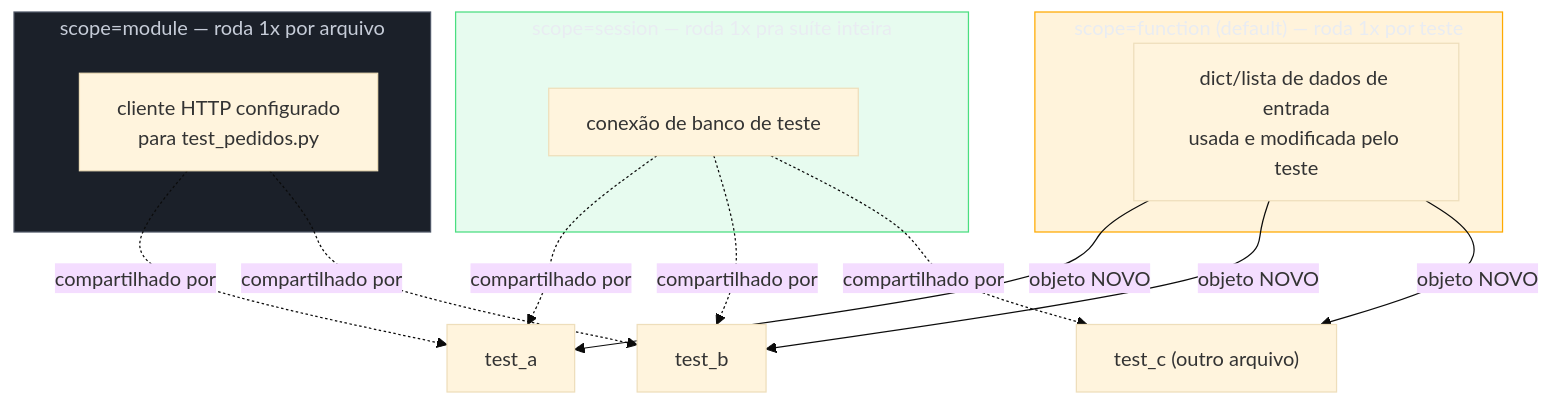
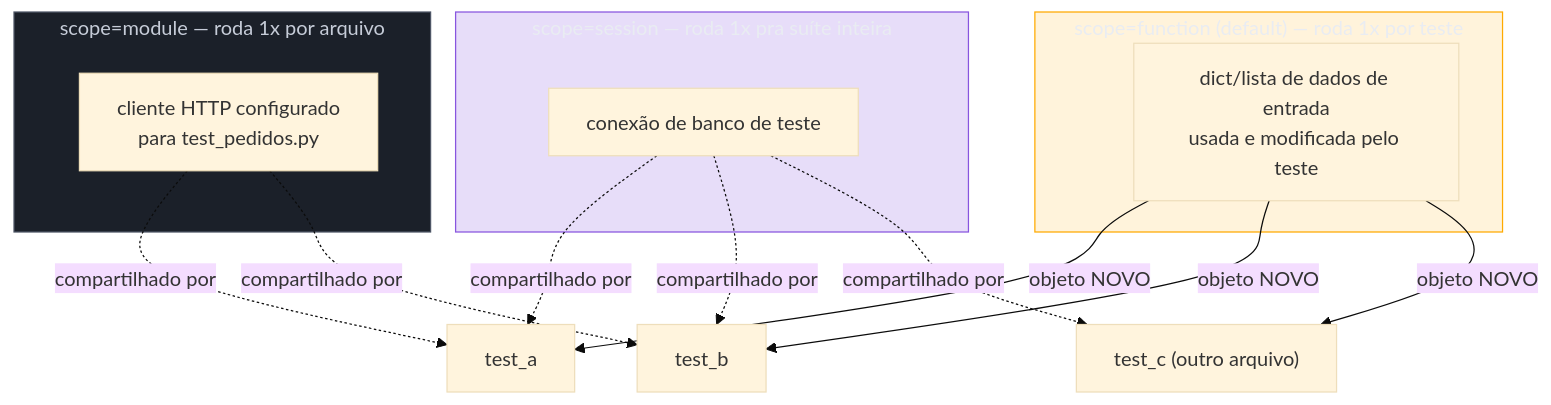
One commit to josenaldo/codex-technomanticus changed the first of 3 diagrams in 03-Dominios/Tecnologia/Python/Testes/02 - Fixtures — escopos, yield e conftest.py.md. Above: the diagram before and after it, drawn with Mermaid (base theme). The commit also changed 601 other files, not shown here.

````diff
--- a/03-Dominios/Tecnologia/Python/Testes/02 - Fixtures — escopos, yield e conftest.py.md
+++ b/03-Dominios/Tecnologia/Python/Testes/02 - Fixtures — escopos, yield e conftest.py.md
@@ -156,32 +156,32 @@
 ```mermaid
 flowchart TB
-    classDef ok fill:#4ADE8021,stroke:#4ADE80,color:#E9ECF2
+    classDef marca fill:#8855DF33,stroke:#8855DF,color:#E9ECF2
     classDef neutro fill:#1B2029,stroke:#4E5666,color:#C6CCD8
     classDef destaque fill:#FFAA0024,stroke:#FFAA00,color:#E9ECF2
     subgraph SESSION["scope=session — roda 1x pra suíte inteira"]
         S1["conexão de banco de teste"]
     end
 
     subgraph MODULE["scope=module — roda 1x por arquivo"]
         M1["cliente HTTP configurado\npara test_pedidos.py"]
     end
 
     subgraph FUNCTION["scope=function (default) — roda 1x por teste"]
         F1["dict/lista de dados de entrada\nusada e modificada pelo teste"]
     end
 
     S1 -.compartilhado por.-> T1["test_a"]
     S1 -.compartilhado por.-> T2["test_b"]
     S1 -.compartilhado por.-> T3["test_c (outro arquivo)"]
 
     M1 -.compartilhado por.-> T1
     M1 -.compartilhado por.-> T2
 
     F1 -->|"objeto NOVO"| T1
     F1 -->|"objeto NOVO"| T2
     F1 -->|"objeto NOVO"| T3
 
-    class SESSION ok
+    class SESSION marca
     class MODULE neutro
     class FUNCTION destaque
 ```
````
